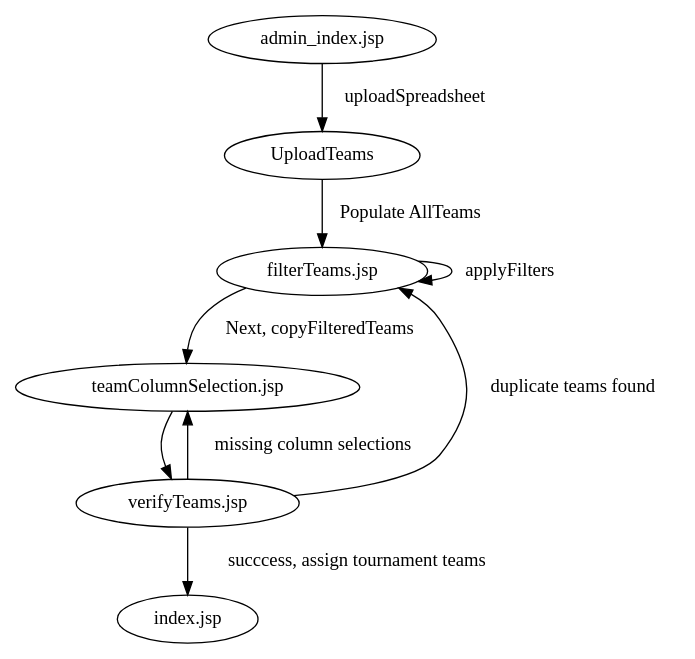
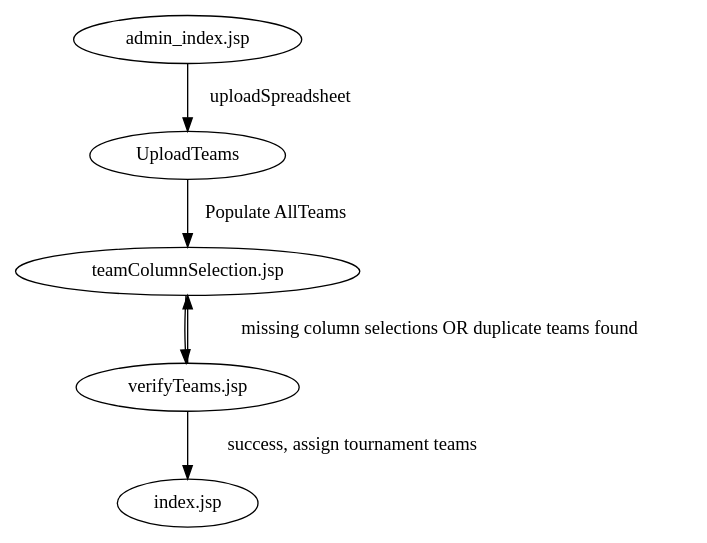
The diagram in scoring/docs/workflows/upload-teams.dot (jpschewe/fll-sw), drawn with Graphviz before and after one commit. The commit also changed 5 other files, not shown here.

First line of the commit message:
Remove filtering of teams from upload

```diff
--- a/scoring/docs/workflows/upload-teams.dot
+++ b/scoring/docs/workflows/upload-teams.dot
@@ -1,19 +1,13 @@
 digraph upload_teams {
 
 "admin_index.jsp" -> UploadTeams [label="uploadSpreadsheet"];
 
-UploadTeams -> "filterTeams.jsp" [label="Populate AllTeams"];
-
-"filterTeams.jsp" -> "filterTeams.jsp" [label="applyFilters"];
-
-"filterTeams.jsp" -> "teamColumnSelection.jsp" [label="Next, copyFilteredTeams"];
+UploadTeams -> "teamColumnSelection.jsp" [label="Populate AllTeams"];
 
 "teamColumnSelection.jsp" -> "verifyTeams.jsp";
 
-"verifyTeams.jsp" -> "teamColumnSelection.jsp" [label="missing column selections"];
+"verifyTeams.jsp" -> "teamColumnSelection.jsp" [label="missing column selections OR duplicate teams found"];
 
-"verifyTeams.jsp" -> "filterTeams.jsp" [label="duplicate teams found"];
-
-"verifyTeams.jsp" -> "index.jsp" [label="succcess, assign tournament teams"];
+"verifyTeams.jsp" -> "index.jsp" [label="success, assign tournament teams"];
 
 }
```
